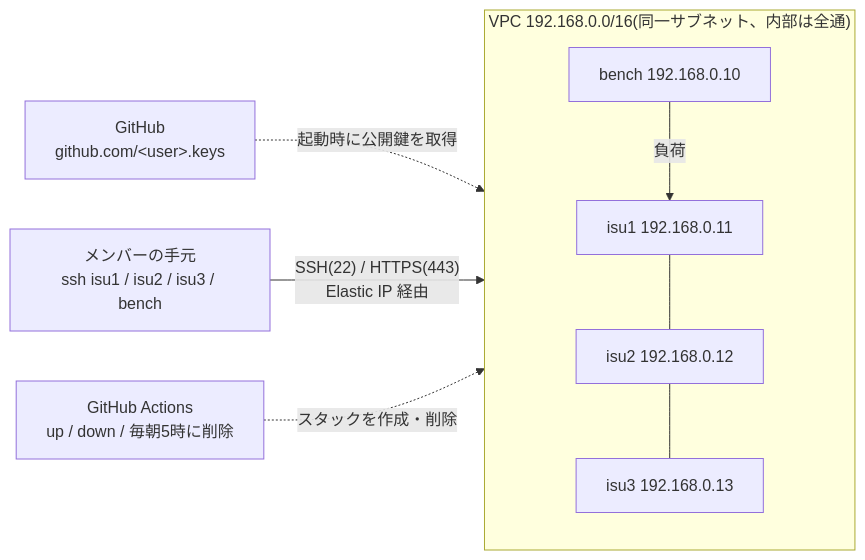
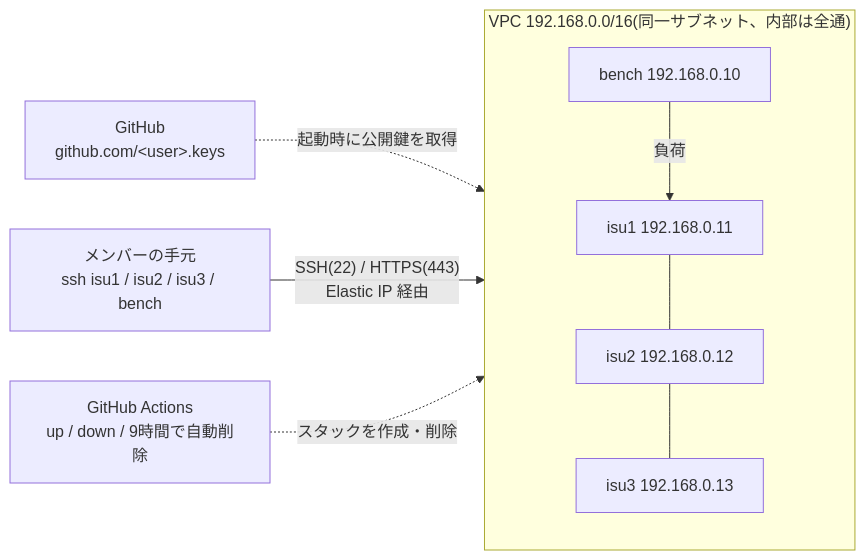
The diagram in README.md (Hee-San/isucon-practice-env), drawn with Mermaid before and after one commit. The commit also changed other lines of this file and 1 other file, not shown here.

````diff
--- a/README.md
+++ b/README.md
@@ -12,15 +12,15 @@
 ```mermaid
 flowchart LR
   GH["GitHub<br/>github.com/&lt;user&gt;.keys"] -. "起動時に公開鍵を取得" .-> VPC
   M["メンバーの手元<br/>ssh isu1 / isu2 / isu3 / bench"] -- "SSH(22) / HTTPS(443)<br/>Elastic IP 経由" --> VPC
-  GA["GitHub Actions<br/>up / down / 毎朝5時に削除"] -. "スタックを作成・削除" .-> VPC
+  GA["GitHub Actions<br/>up / down / 9時間で自動削除"] -. "スタックを作成・削除" .-> VPC
   subgraph VPC["VPC 192.168.0.0/16(同一サブネット、内部は全通)"]
     direction TB
     B["bench 192.168.0.10"]
     S1["isu1 192.168.0.11"]
     S2["isu2 192.168.0.12"]
     S3["isu3 192.168.0.13"]
     B -- "負荷" --> S1
     S1 --- S2 --- S3
   end
 ```
````
